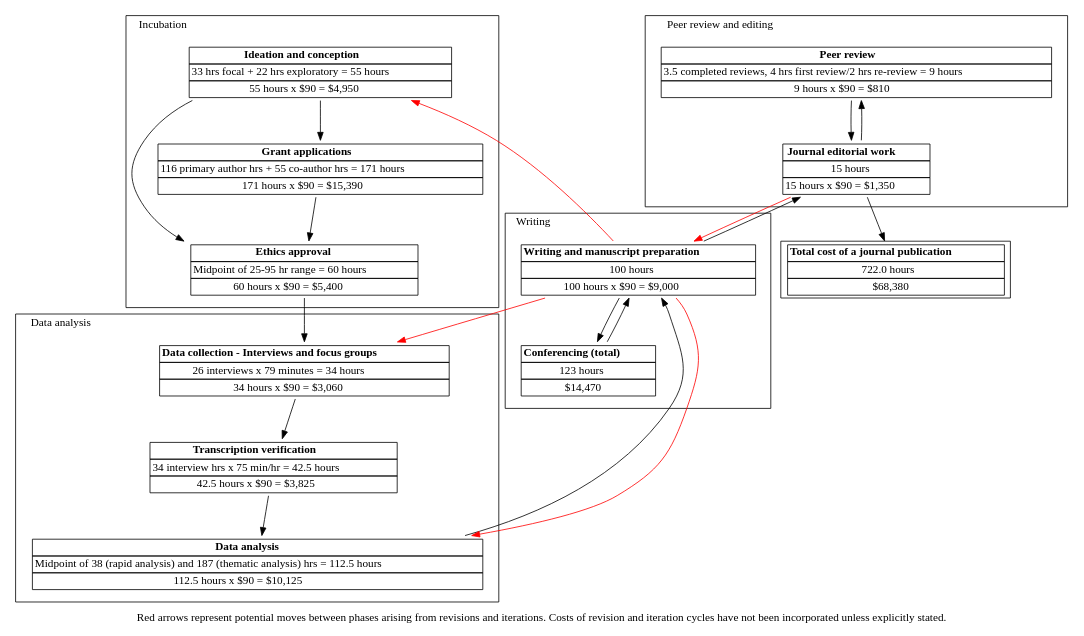
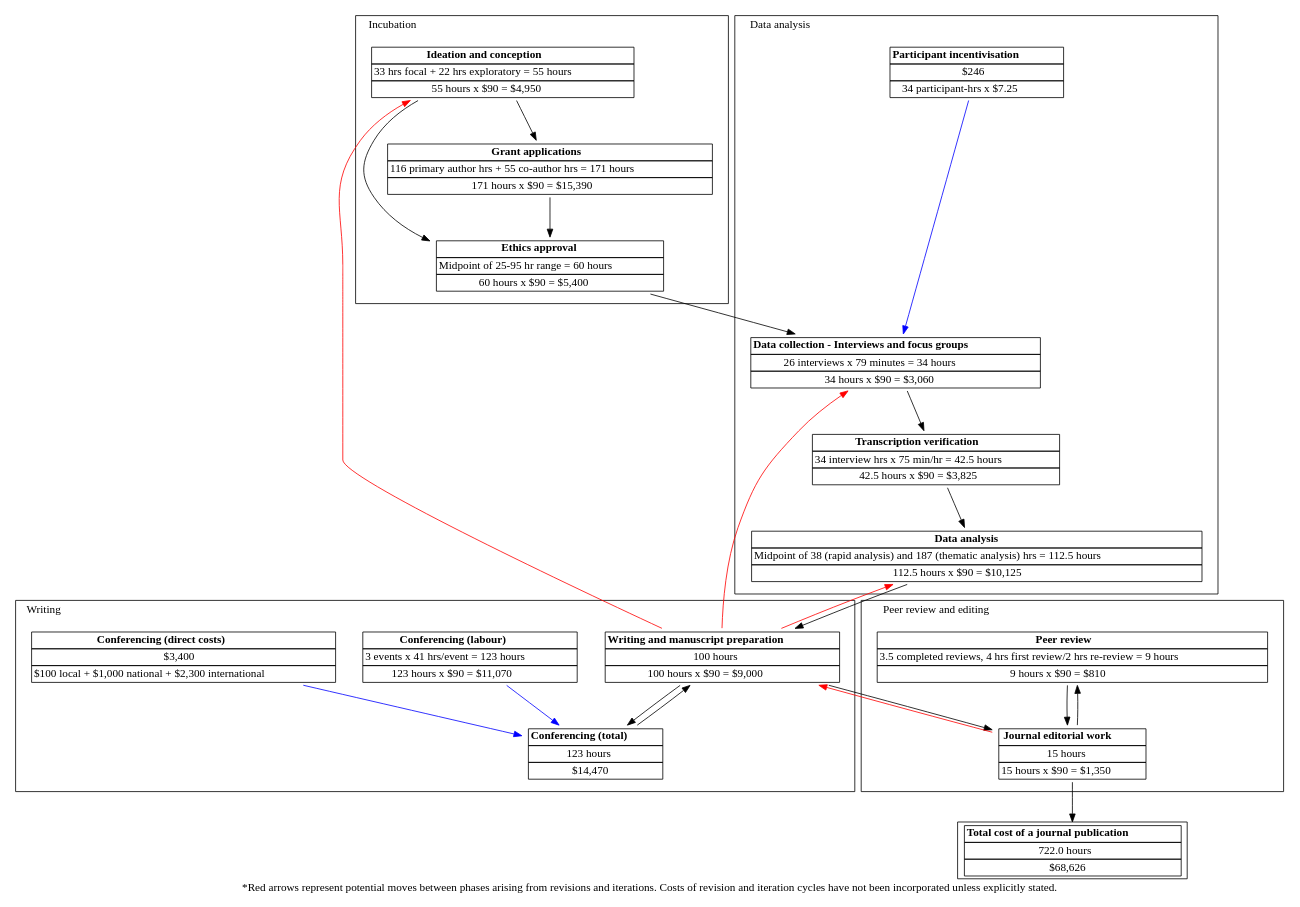
One commit to forrestlay/cost-of-knowledge changed the diagram in cost_of_knowledge.dot. Above: the diagram before and after it, drawn with Graphviz. The commit also changed 1 other file, not shown here.

Commit message:
Updated diagram with latest cost estimates and better layout.

```diff
--- a/cost_of_knowledge.dot
+++ b/cost_of_knowledge.dot
@@ -1,64 +1,71 @@
 // Cost of research activities
 digraph "research-activity-cost" {
 	node [shape=box]
 	ranksep=0.7
+	newrank=true
 	subgraph cluster_incubation {
 		label=Incubation
 		labeljust=l
 		margin=12
 		node [shape=box]
 		node [penwidth=0]
 		ideation [label=<<TABLE BORDER="0" CELLBORDER="1" CELLSPACING="0"><TR><TD ALIGN="CENTER"><B>Ideation and conception</B></TD></TR><TR><TD ALIGN="CENTER">33 hrs focal + 22 hrs exploratory = 55 hours</TD></TR><TR><TD ALIGN="CENTER">55 hours x $90 = $4,950</TD></TR></TABLE>>]
 		ethics [label=<<TABLE BORDER="0" CELLBORDER="1" CELLSPACING="0"><TR><TD ALIGN="CENTER"><B>Ethics approval</B></TD></TR><TR><TD ALIGN="CENTER">Midpoint of 25-95 hr range = 60 hours</TD></TR><TR><TD ALIGN="CENTER">60 hours x $90 = $5,400</TD></TR></TABLE>>]
 		grants [label=<<TABLE BORDER="0" CELLBORDER="1" CELLSPACING="0"><TR><TD ALIGN="CENTER"><B>Grant applications</B></TD></TR><TR><TD ALIGN="CENTER">116 primary author hrs + 55 co-author hrs = 171 hours</TD></TR><TR><TD ALIGN="CENTER">171 hours x $90 = $15,390</TD></TR></TABLE>>]
 		node [penwidth=1]
 		ideation -> grants
 		ideation -> ethics
 		grants -> ethics
 	}
 	subgraph "cluster_data-analysis" {
 		label="Data analysis"
 		labeljust=l
 		margin=12
 		node [shape=box]
 		node [penwidth=0]
 		"data-collection" [label=<<TABLE BORDER="0" CELLBORDER="1" CELLSPACING="0"><TR><TD ALIGN="CENTER"><B>Data collection - Interviews and focus groups</B></TD></TR><TR><TD ALIGN="CENTER">26 interviews x 79 minutes = 34 hours</TD></TR><TR><TD ALIGN="CENTER">34 hours x $90 = $3,060</TD></TR></TABLE>>]
+		"participant-incentive" [label=<<TABLE BORDER="0" CELLBORDER="1" CELLSPACING="0"><TR><TD ALIGN="CENTER"><B>Participant incentivisation</B></TD></TR><TR><TD ALIGN="CENTER">$246</TD></TR><TR><TD ALIGN="CENTER">34 participant-hrs x $7.25</TD></TR></TABLE>>]
 		"interview-transcription" [label=<<TABLE BORDER="0" CELLBORDER="1" CELLSPACING="0"><TR><TD ALIGN="CENTER"><B>Transcription verification</B></TD></TR><TR><TD ALIGN="CENTER">34 interview hrs x 75 min/hr = 42.5 hours</TD></TR><TR><TD ALIGN="CENTER">42.5 hours x $90 = $3,825</TD></TR></TABLE>>]
 		"data-analysis" [label=<<TABLE BORDER="0" CELLBORDER="1" CELLSPACING="0"><TR><TD ALIGN="CENTER"><B>Data analysis</B></TD></TR><TR><TD ALIGN="CENTER">Midpoint of 38 (rapid analysis) and 187 (thematic analysis) hrs = 112.5 hours</TD></TR><TR><TD ALIGN="CENTER">112.5 hours x $90 = $10,125</TD></TR></TABLE>>]
 		node [penwidth=1]
+		"participant-incentive" -> "data-collection" [color=blue constraint=false]
 		"data-collection" -> "interview-transcription"
 		"interview-transcription" -> "data-analysis"
 	}
 	subgraph cluster_writing {
 		label=Writing
 		labeljust=l
 		margin=12
 		node [shape=box]
 		node [penwidth=0]
 		writing [label=<<TABLE BORDER="0" CELLBORDER="1" CELLSPACING="0"><TR><TD ALIGN="CENTER"><B>Writing and manuscript preparation</B></TD></TR><TR><TD ALIGN="CENTER">100 hours</TD></TR><TR><TD ALIGN="CENTER">100 hours x $90 = $9,000</TD></TR></TABLE>>]
 		conferences [label=<<TABLE BORDER="0" CELLBORDER="1" CELLSPACING="0"><TR><TD ALIGN="CENTER"><B>Conferencing (total)</B></TD></TR><TR><TD ALIGN="CENTER">123 hours</TD></TR><TR><TD ALIGN="CENTER">$14,470</TD></TR></TABLE>>]
+		"conference-labour" [label=<<TABLE BORDER="0" CELLBORDER="1" CELLSPACING="0"><TR><TD ALIGN="CENTER"><B>Conferencing (labour)</B></TD></TR><TR><TD ALIGN="CENTER">3 events x 41 hrs/event = 123 hours</TD></TR><TR><TD ALIGN="CENTER">123 hours x $90 = $11,070</TD></TR></TABLE>>]
+		"conference-costs" [label=<<TABLE BORDER="0" CELLBORDER="1" CELLSPACING="0"><TR><TD ALIGN="CENTER"><B>Conferencing (direct costs)</B></TD></TR><TR><TD ALIGN="CENTER">$3,400</TD></TR><TR><TD ALIGN="CENTER">$100 local + $1,000 national + $2,300 international</TD></TR></TABLE>>]
+		"conference-labour" -> conferences [color=blue]
+		"conference-costs" -> conferences [color=blue]
 		conferences -> writing
 		writing -> conferences
 	}
 	subgraph cluster_editing {
 		label="Peer review and editing"
 		labeljust=l
 		margin=12
 		node [shape=box]
 		node [penwidth=0]
 		"peer-review" [label=<<TABLE BORDER="0" CELLBORDER="1" CELLSPACING="0"><TR><TD ALIGN="CENTER"><B>Peer review</B></TD></TR><TR><TD ALIGN="CENTER">3.5 completed reviews, 4 hrs first review/2 hrs re-review = 9 hours</TD></TR><TR><TD ALIGN="CENTER">9 hours x $90 = $810</TD></TR></TABLE>>]
 		editing [label=<<TABLE BORDER="0" CELLBORDER="1" CELLSPACING="0"><TR><TD ALIGN="CENTER"><B>Journal editorial work</B></TD></TR><TR><TD ALIGN="CENTER">15 hours</TD></TR><TR><TD ALIGN="CENTER">15 hours x $90 = $1,350</TD></TR></TABLE>>]
 		"peer-review" -> editing
 		editing -> "peer-review"
 	}
-	total [label=<<TABLE BORDER="0" CELLBORDER="1" CELLSPACING="0"><TR><TD ALIGN="CENTER"><B>Total cost of a journal publication</B></TD></TR><TR><TD ALIGN="CENTER">722.0 hours</TD></TR><TR><TD ALIGN="CENTER">$68,380</TD></TR></TABLE>>]
-	ethics -> "data-collection"
+	total [label=<<TABLE BORDER="0" CELLBORDER="1" CELLSPACING="0"><TR><TD ALIGN="CENTER"><B>Total cost of a journal publication</B></TD></TR><TR><TD ALIGN="CENTER">722.0 hours</TD></TR><TR><TD ALIGN="CENTER">$68,626</TD></TR></TABLE>>]
+	ethics -> "data-collection" [rank=sink]
 	"data-analysis" -> writing
 	writing -> ideation [color=red]
 	writing -> "data-collection" [color=red]
 	writing -> "data-analysis" [color=red]
 	writing -> editing
 	editing -> writing [color=red]
 	editing -> total
-	label="Red arrows represent potential moves between phases arising from revisions and iterations. Costs of revision and iteration cycles have not been incorporated unless explicitly stated."
+	label="*Red arrows represent potential moves between phases arising from revisions and iterations. Costs of revision and iteration cycles have not been incorporated unless explicitly stated."
 }
```
